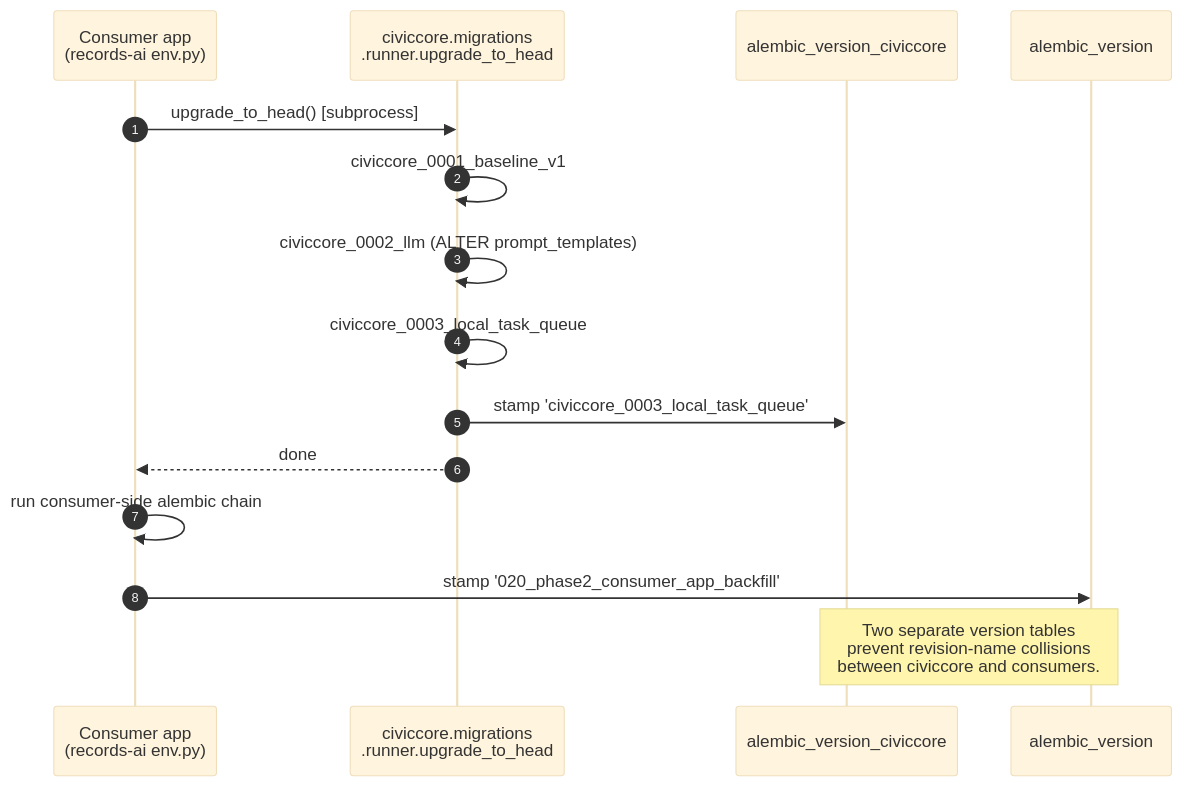
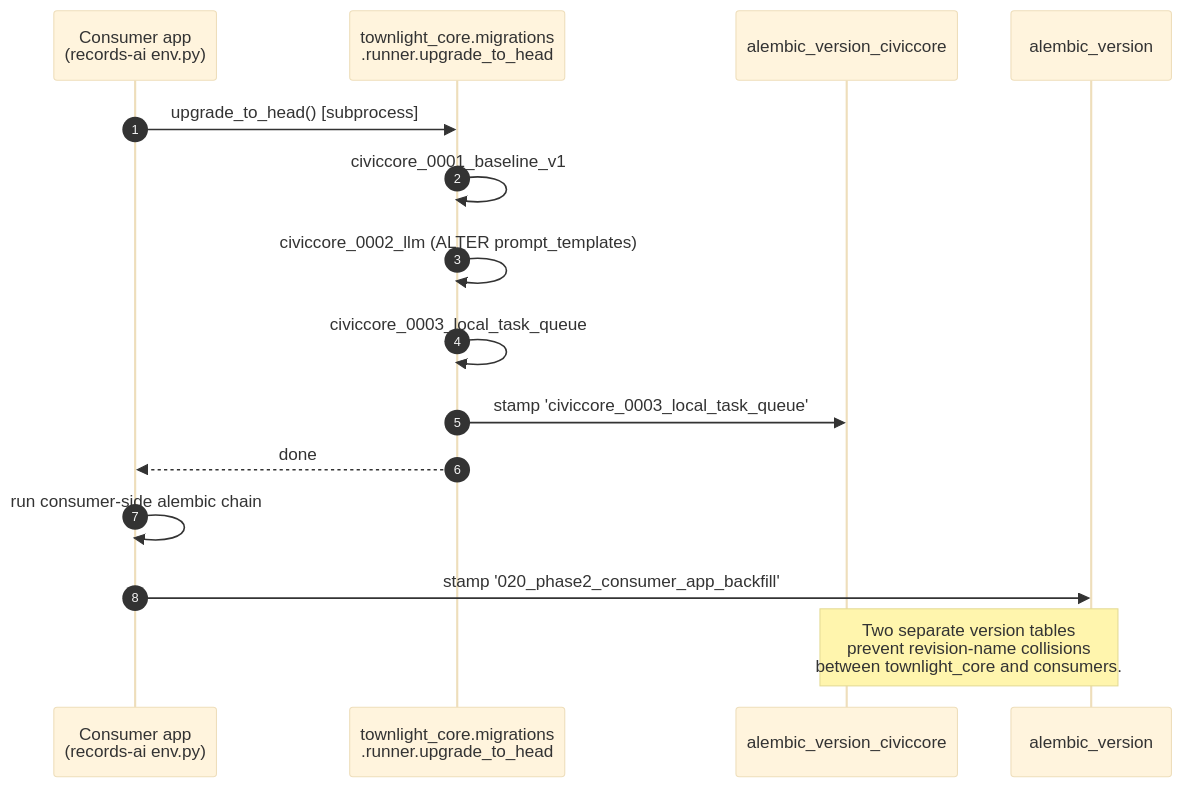
One commit to CivicSuite/civiccore changed the diagram in docs/diagrams/migration-order.mmd. Above: the diagram before and after it, drawn with Mermaid (base theme). The commit also changed 266 other files, not shown here.

First line of the commit message:
rename: civiccore -> townlight-core (CivicSuite -> Townlight rebrand)

```diff
--- a/docs/diagrams/migration-order.mmd
+++ b/docs/diagrams/migration-order.mmd
@@ -1,15 +1,15 @@
 sequenceDiagram
     autonumber
     participant Consumer as Consumer app<br/>(records-ai env.py)
-    participant Civic as civiccore.migrations<br/>.runner.upgrade_to_head
+    participant Civic as townlight_core.migrations<br/>.runner.upgrade_to_head
     participant CivicVer as alembic_version_civiccore
     participant ConsumerVer as alembic_version
     Consumer->>Civic: upgrade_to_head() [subprocess]
     Civic->>Civic: civiccore_0001_baseline_v1
     Civic->>Civic: civiccore_0002_llm (ALTER prompt_templates)
     Civic->>Civic: civiccore_0003_local_task_queue
     Civic->>CivicVer: stamp 'civiccore_0003_local_task_queue'
     Civic-->>Consumer: done
     Consumer->>Consumer: run consumer-side alembic chain
     Consumer->>ConsumerVer: stamp '020_phase2_consumer_app_backfill'
-    Note over CivicVer,ConsumerVer: Two separate version tables<br/>prevent revision-name collisions<br/>between civiccore and consumers.
+    Note over CivicVer,ConsumerVer: Two separate version tables<br/>prevent revision-name collisions<br/>between townlight_core and consumers.
```
